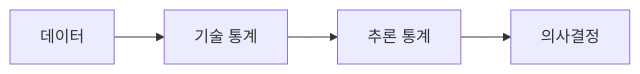
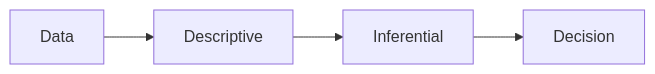
The diagram in content/statistics-101/ko/01-what-is-statistics.md (yeongseon-books/book-content), drawn with Mermaid before and after one commit. The commit also changed other lines of this file and 9 other files, not shown here.

````diff
--- a/content/statistics-101/ko/01-what-is-statistics.md
+++ b/content/statistics-101/ko/01-what-is-statistics.md
@@ -48,6 +50,6 @@
 ```mermaid
 flowchart LR
-    Data["데이터"] --> Desc["기술 통계"]
-    Desc --> Infer["추론 통계"]
-    Infer --> Decide["의사결정"]
+    Data["Data"] --> Desc["Descriptive"]
+    Desc --> Infer["Inferential"]
+    Infer --> Decide["Decision"]
 ```
````
